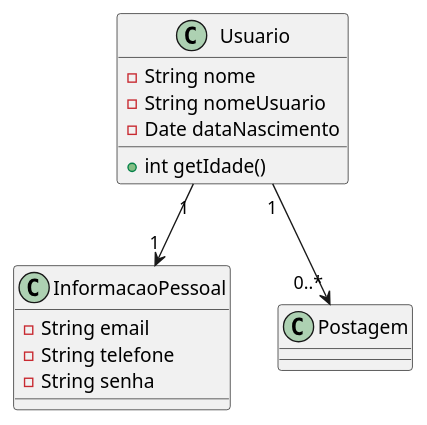
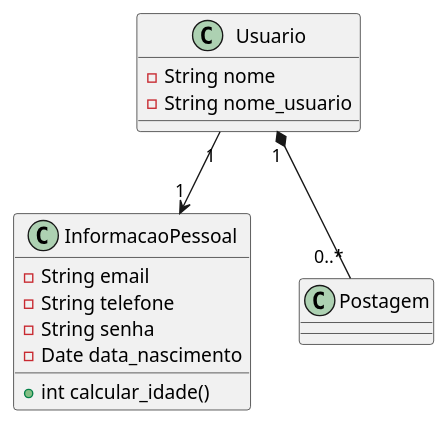
One commit to professortavares/techshot_poo2 changed the diagram in docs/diagrama_classe/principal.wsd. Above: the diagram before and after it, drawn with PlantUML. The commit also changed 2 other files, not shown here.

```diff
--- a/docs/diagrama_classe/principal.wsd
+++ b/docs/diagrama_classe/principal.wsd
@@ -1,21 +1,21 @@
 @startuml
 class Usuario {
     - String nome
-    - String nomeUsuario
-    - Date dataNascimento
-    + int getIdade()
+    - String nome_usuario
 }
 
 class InformacaoPessoal {
     - String email
     - String telefone
     - String senha
+    - Date data_nascimento
+    + int calcular_idade()
 }
 
 class Postagem {
 }
 
 Usuario "1"-->"1" InformacaoPessoal
-Usuario "1"--> "0..*" Postagem
+Usuario "1"*-- "0..*" Postagem
 
 @enduml
```
